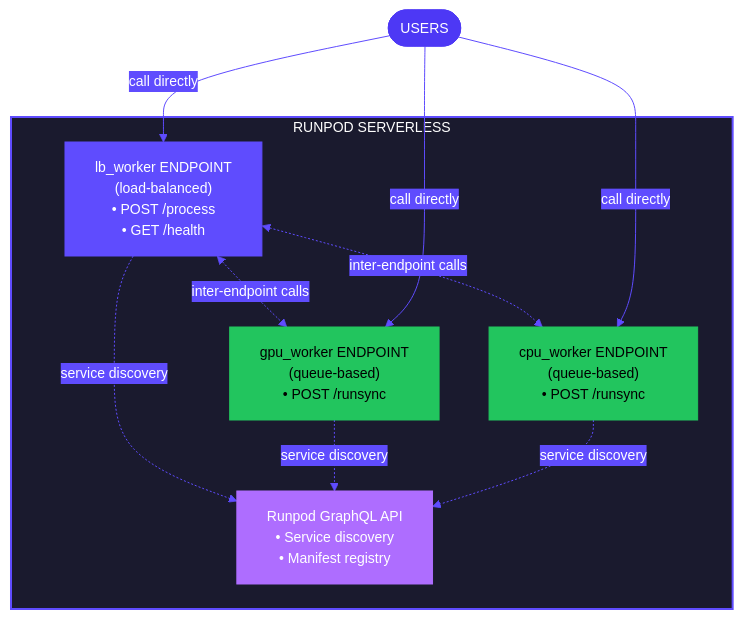
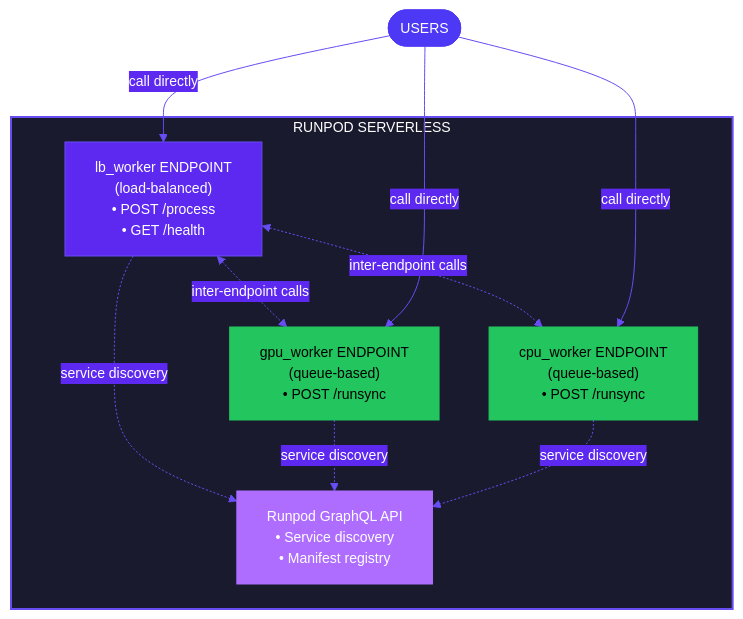
One commit to runpod/docs changed the diagram in flash/cli/deploy.mdx. Above: the diagram before and after it, drawn with Mermaid. The commit also changed 9 other files, not shown here.

First line of the commit message:
fix: use canon purples in Mermaid diagrams

````diff
--- a/flash/cli/deploy.mdx
+++ b/flash/cli/deploy.mdx
@@ -96,31 +96,31 @@
 ```mermaid
-%%{init: {'theme':'base', 'themeVariables': { 'primaryColor':'#9289FE','primaryTextColor':'#fff','primaryBorderColor':'#9289FE','lineColor':'#5F4CFE','secondaryColor':'#AE6DFF','tertiaryColor':'#FCB1FF','edgeLabelBackground':'#5F4CFE', 'fontSize':'14px','fontFamily':'font-inter'}}}%%
+%%{init: {'theme':'base', 'themeVariables': { 'primaryColor':'#9289FE','primaryTextColor':'#fff','primaryBorderColor':'#9289FE','lineColor':'#684DF3','secondaryColor':'#AE6DFF','tertiaryColor':'#FCB1FF','edgeLabelBackground':'#5D29F0', 'fontSize':'14px','fontFamily':'font-inter'}}}%%
 
 flowchart TB
     Users(["USERS"])
     StateManager["Runpod GraphQL API<br/>• Service discovery<br/>• Manifest registry"]
 
     subgraph Runpod ["RUNPOD SERVERLESS"]
         LB["lb_worker ENDPOINT<br/>(load-balanced)<br/>• POST /process<br/>• GET /health"]
         GPU["gpu_worker ENDPOINT<br/>(queue-based)<br/>• POST /runsync"]
         CPU["cpu_worker ENDPOINT<br/>(queue-based)<br/>• POST /runsync"]
 
         LB <-.->|"inter-endpoint calls"| GPU
         LB <-.->|"inter-endpoint calls"| CPU
 
         LB -.->|"service discovery"| StateManager
         GPU -.->|"service discovery"| StateManager
         CPU -.->|"service discovery"| StateManager
     end
 
     Users -->|"call directly"| LB
     Users -->|"call directly"| GPU
     Users -->|"call directly"| CPU
 
-    style Runpod fill:#1a1a2e,stroke:#5F4CFE,stroke-width:2px,color:#fff
+    style Runpod fill:#1a1a2e,stroke:#684DF3,stroke-width:2px,color:#fff
     style Users fill:#4D38F5,stroke:#4D38F5,color:#fff
-    style LB fill:#5F4CFE,stroke:#5F4CFE,color:#fff
+    style LB fill:#5D29F0,stroke:#684DF3,color:#fff
     style GPU fill:#22C55E,stroke:#22C55E,color:#000
     style CPU fill:#22C55E,stroke:#22C55E,color:#000
     style StateManager fill:#AE6DFF,stroke:#AE6DFF,color:#fff
 ```
````
